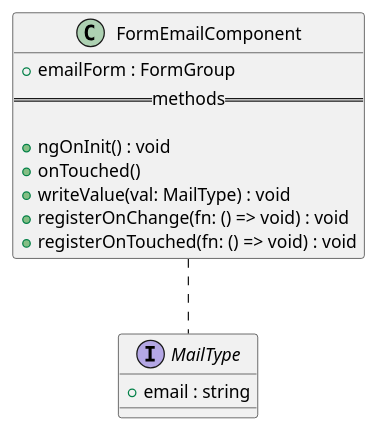
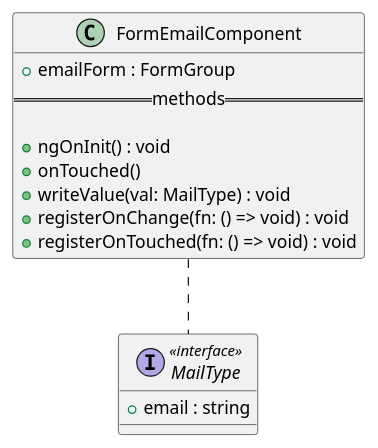
Before and after one commit to GruppOne/stalker-web-app: the diagram in docs/diagrams/view/components/FormEmailComponent.pu, drawn with PlantUML. The commit also changed 10 other files, not shown here.

```diff
--- a/docs/diagrams/view/components/FormEmailComponent.pu
+++ b/docs/diagrams/view/components/FormEmailComponent.pu
@@ -1,18 +1,18 @@
 @startuml FormEmailComponent diagram
 class FormEmailComponent {
   + emailForm : FormGroup
   ==methods==
 
   + ngOnInit() : void
   + onTouched()
   + writeValue(val: MailType) : void
   + registerOnChange(fn: () => void) : void
   + registerOnTouched(fn: () => void) : void
 }
 
-interface MailType {
+interface MailType <<interface>> {
   + email : string
 }
 
 FormEmailComponent .. MailType
 @enduml
```
